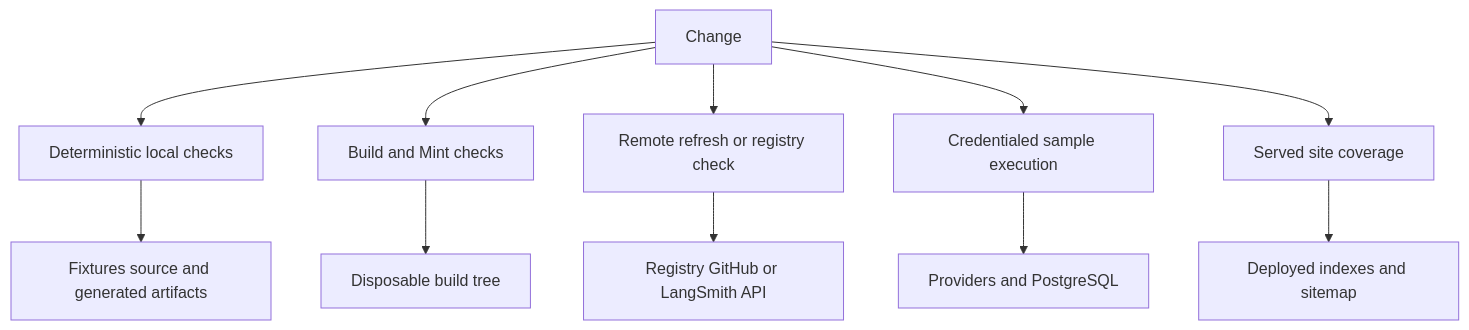
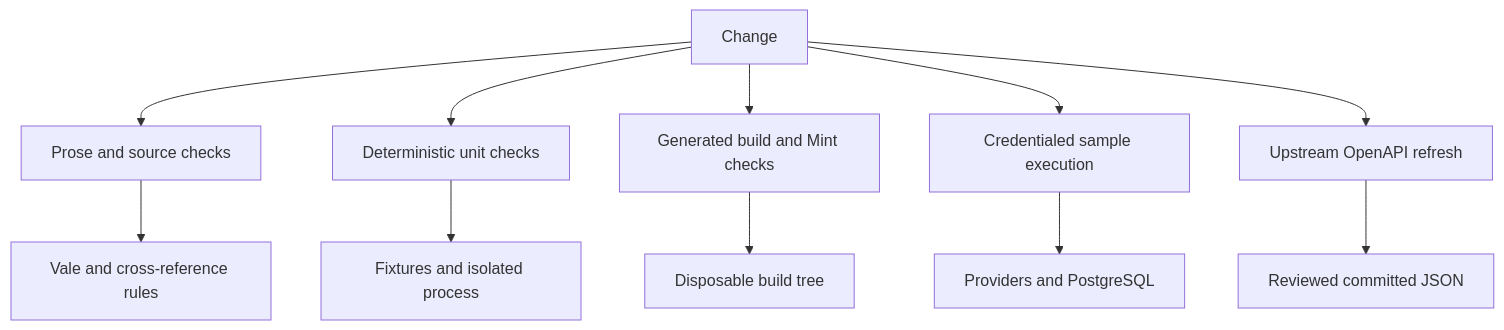
The first of 3 diagrams in openwiki/testing/test-overview.md (langchain-ai/docs), drawn with Mermaid before and after one commit. The commit also changed other lines of this file and 29 other files, not shown here.

````diff
--- a/openwiki/testing/test-overview.md
+++ b/openwiki/testing/test-overview.md
@@ -71,13 +76,13 @@
 ```mermaid
 flowchart TD
-  Change["Change"] --> Unit["Deterministic local checks"]
-  Unit --> Local["Fixtures source and generated artifacts"]
-  Change --> Rendered["Build and Mint checks"]
-  Rendered --> Build["Disposable build tree"]
-  Change --> Remote["Remote refresh or registry check"]
-  Remote --> Network["Registry GitHub or LangSmith API"]
+  Change["Change"] --> Prose["Prose and source checks"]
+  Change --> Unit["Deterministic unit checks"]
+  Change --> Build["Generated build and Mint checks"]
   Change --> Live["Credentialed sample execution"]
+  Change --> Upstream["Upstream OpenAPI refresh"]
+  Prose --> Style["Vale and cross-reference rules"]
+  Unit --> Fixture["Fixtures and isolated process"]
+  Build --> Tree["Disposable build tree"]
   Live --> Services["Providers and PostgreSQL"]
-  Change --> Hosted["Served site coverage"]
-  Hosted --> Site["Deployed indexes and sitemap"]
+  Upstream --> Artifact["Reviewed committed JSON"]
 ```
````
